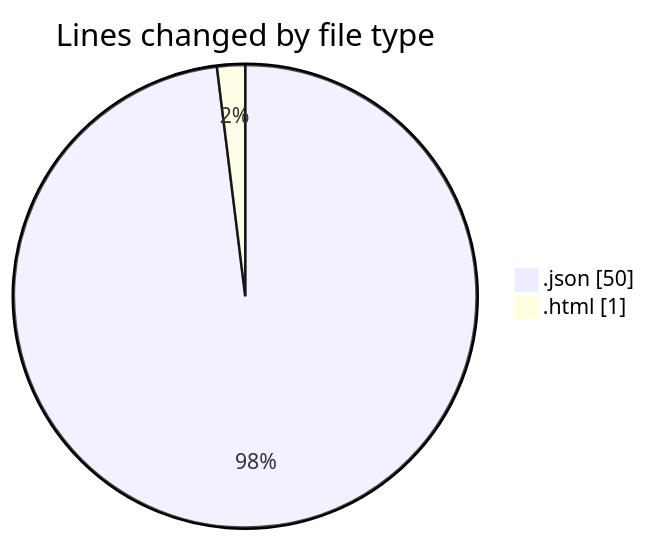
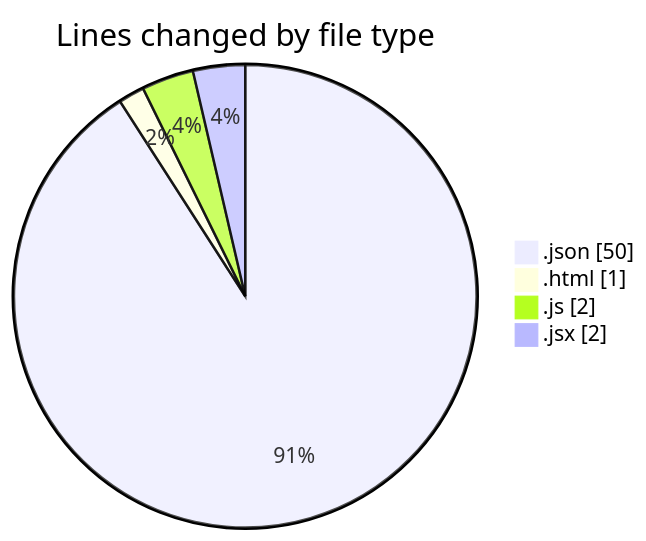
Before and after one commit to IJAZ3593/code-tracking: the first of 2 diagrams in 2025-09-02/multipages_pages/README.md, drawn with Mermaid. The commit also changed other lines of this file and 1 other file, not shown here.

````diff
--- a/2025-09-02/multipages_pages/README.md
+++ b/2025-09-02/multipages_pages/README.md
@@ -22,6 +26,8 @@
 ```mermaid
 pie showData
 title Lines changed by file type
 ".json" : 50
 ".html" : 1
+".js" : 2
+".jsx" : 2
 ```
````
